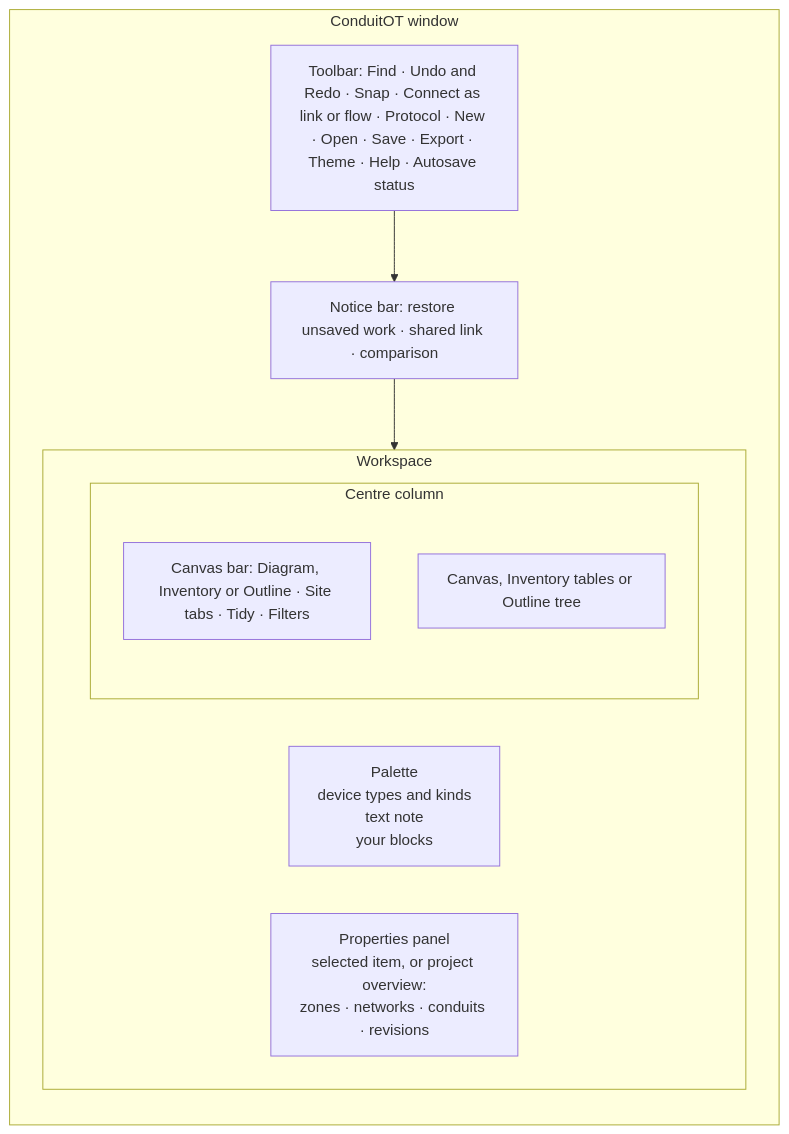
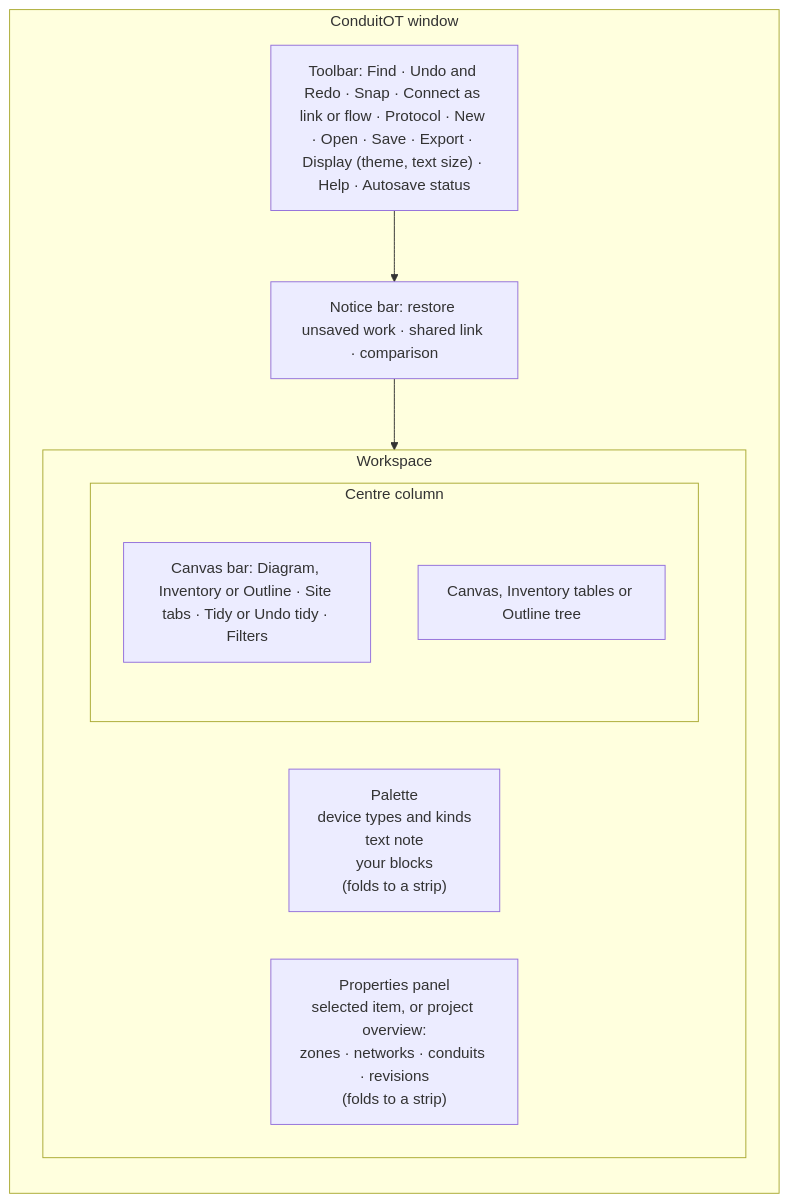
One commit to vijaykumargowdakk/ReSecArc changed the fifth of 32 diagrams in README.md. Above: the diagram before and after it, drawn with Mermaid. The commit also changed other lines of this file and 5 other files, not shown here.

Commit message:
Docs for M26: panels, folding sections, Tidy toggle, text size and touch in the README; decisions, status and two retaken screenshots

````diff
--- a/README.md
+++ b/README.md
@@ -188,19 +188,19 @@
 ```mermaid
 flowchart TB
     subgraph Screen["ConduitOT window"]
         direction TB
-        T["Toolbar: Find · Undo and Redo · Snap · Connect as link or flow · Protocol · New · Open · Save · Export · Theme · Help · Autosave status"]
+        T["Toolbar: Find · Undo and Redo · Snap · Connect as link or flow · Protocol · New · Open · Save · Export · Display (theme, text size) · Help · Autosave status"]
         N["Notice bar: restore unsaved work · shared link · comparison"]
         subgraph Work["Workspace"]
             direction LR
-            P["Palette<br/>device types and kinds<br/>text note<br/>your blocks"]
+            P["Palette<br/>device types and kinds<br/>text note<br/>your blocks<br/>(folds to a strip)"]
             subgraph Mid["Centre column"]
                 direction TB
-                B["Canvas bar: Diagram, Inventory or Outline · Site tabs · Tidy · Filters"]
+                B["Canvas bar: Diagram, Inventory or Outline · Site tabs · Tidy or Undo tidy · Filters"]
                 C["Canvas, Inventory tables or Outline tree"]
             end
-            I["Properties panel<br/>selected item, or project overview:<br/>zones · networks · conduits · revisions"]
+            I["Properties panel<br/>selected item, or project overview:<br/>zones · networks · conduits · revisions<br/>(folds to a strip)"]
         end
         T --> N --> Work
     end
 ```
````
